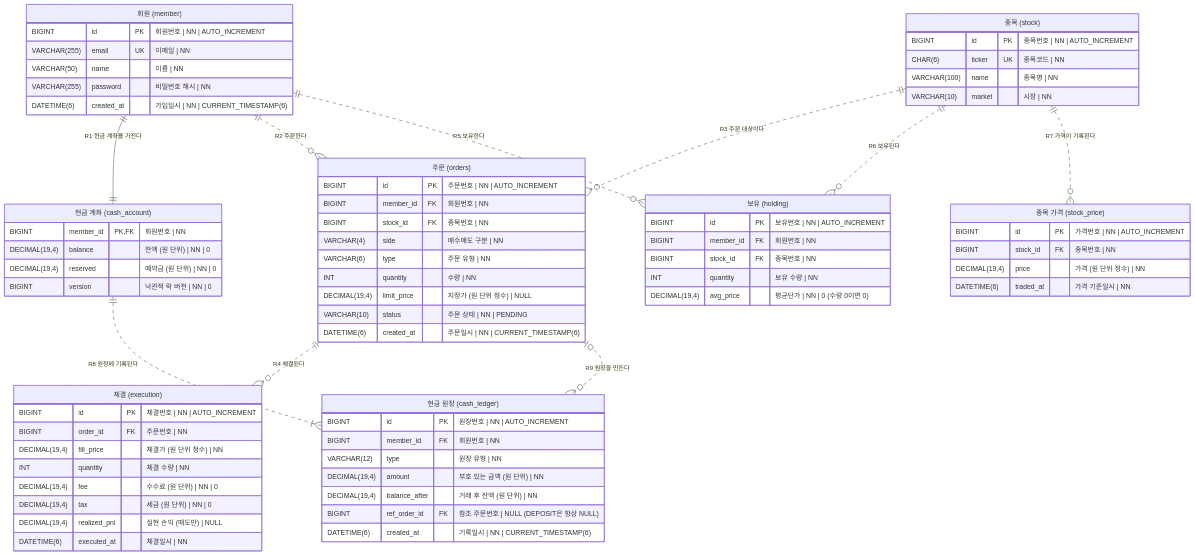
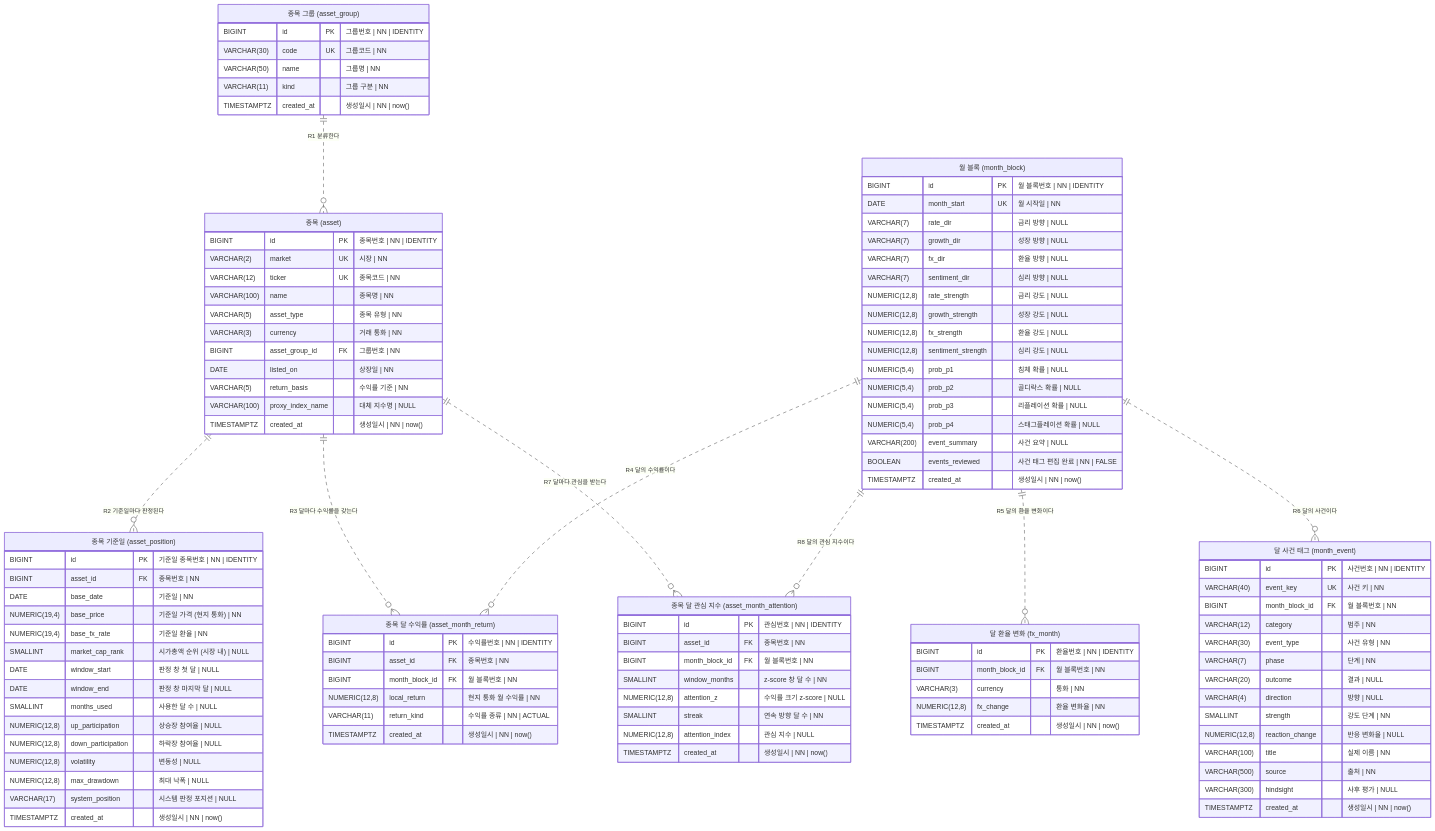
The third of 3 diagrams in docs/erd.md (yunyongs/ant-lab), drawn with Mermaid before and after one commit. The commit also changed other lines of this file, not shown here.

````diff
--- a/docs/erd.md
+++ b/docs/erd.md
@@ -18,74 +235,108 @@
 ```mermaid
 erDiagram
-    MEMBER["회원 (member)"] {
-        BIGINT id PK "회원번호 | NN | AUTO_INCREMENT"
-        VARCHAR(255) email UK "이메일 | NN"
-        VARCHAR(50) name "이름 | NN"
-        VARCHAR(255) password "비밀번호 해시 | NN"
-        DATETIME(6) created_at "가입일시 | NN | CURRENT_TIMESTAMP(6)"
+    ASSET_GROUP["종목 그룹 (asset_group)"] {
+        BIGINT id PK "그룹번호 | NN | IDENTITY"
+        VARCHAR(30) code UK "그룹코드 | NN"
+        VARCHAR(50) name "그룹명 | NN"
+        VARCHAR(11) kind "그룹 구분 | NN"
+        TIMESTAMPTZ created_at "생성일시 | NN | now()"
     }
-    CASH_ACCOUNT["현금 계좌 (cash_account)"] {
-        BIGINT member_id PK, FK "회원번호 | NN"
-        DECIMAL(19,4) balance "잔액 (원 단위) | NN | 0"
-        DECIMAL(19,4) reserved "예약금 (원 단위) | NN | 0"
-        BIGINT version "낙관적 락 버전 | NN | 0"
+    ASSET["종목 (asset)"] {
+        BIGINT id PK "종목번호 | NN | IDENTITY"
+        VARCHAR(2) market UK "시장 | NN"
+        VARCHAR(12) ticker UK "종목코드 | NN"
+        VARCHAR(100) name "종목명 | NN"
+        VARCHAR(5) asset_type "종목 유형 | NN"
+        VARCHAR(3) currency "거래 통화 | NN"
+        BIGINT asset_group_id FK "그룹번호 | NN"
+        DATE listed_on "상장일 | NN"
+        VARCHAR(5) return_basis "수익률 기준 | NN"
+        VARCHAR(100) proxy_index_name "대체 지수명 | NULL"
+        TIMESTAMPTZ created_at "생성일시 | NN | now()"
     }
-    STOCK["종목 (stock)"] {
-        BIGINT id PK "종목번호 | NN | AUTO_INCREMENT"
-        CHAR(6) ticker UK "종목코드 | NN"
-        VARCHAR(100) name "종목명 | NN"
-        VARCHAR(10) market "시장 | NN"
+    ASSET_POSITION["종목 기준일 (asset_position)"] {
+        BIGINT id PK "기준일 종목번호 | NN | IDENTITY"
+        BIGINT asset_id FK "종목번호 | NN"
+        DATE base_date "기준일 | NN"
+        NUMERIC(19,4) base_price "기준일 가격 (현지 통화) | NN"
+        NUMERIC(19,4) base_fx_rate "기준일 환율 | NN"
+        SMALLINT market_cap_rank "시가총액 순위 (시장 내) | NULL"
+        DATE window_start "판정 창 첫 달 | NULL"
+        DATE window_end "판정 창 마지막 달 | NULL"
+        SMALLINT months_used "사용한 달 수 | NULL"
+        NUMERIC(12,8) up_participation "상승장 참여율 | NULL"
+        NUMERIC(12,8) down_participation "하락장 참여율 | NULL"
+        NUMERIC(12,8) volatility "변동성 | NULL"
+        NUMERIC(12,8) max_drawdown "최대 낙폭 | NULL"
+        VARCHAR(17) system_position "시스템 판정 포지션 | NULL"
+        TIMESTAMPTZ created_at "생성일시 | NN | now()"
     }
-    STOCK_PRICE["종목 가격 (stock_price)"] {
-        BIGINT id PK "가격번호 | NN | AUTO_INCREMENT"
-        BIGINT stock_id FK "종목번호 | NN"
-        DECIMAL(19,4) price "가격 (원 단위 정수) | NN"
-        DATETIME(6) traded_at "가격 기준일시 | NN"
+    MONTH_BLOCK["월 블록 (month_block)"] {
+        BIGINT id PK "월 블록번호 | NN | IDENTITY"
+        DATE month_start UK "월 시작일 | NN"
+        VARCHAR(7) rate_dir "금리 방향 | NULL"
+        VARCHAR(7) growth_dir "성장 방향 | NULL"
+        VARCHAR(7) fx_dir "환율 방향 | NULL"
+        VARCHAR(7) sentiment_dir "심리 방향 | NULL"
+        NUMERIC(12,8) rate_strength "금리 강도 | NULL"
+        NUMERIC(12,8) growth_strength "성장 강도 | NULL"
+        NUMERIC(12,8) fx_strength "환율 강도 | NULL"
+        NUMERIC(12,8) sentiment_strength "심리 강도 | NULL"
+        NUMERIC(5,4) prob_p1 "침체 확률 | NULL"
+        NUMERIC(5,4) prob_p2 "골디락스 확률 | NULL"
+        NUMERIC(5,4) prob_p3 "리플레이션 확률 | NULL"
+        NUMERIC(5,4) prob_p4 "스태그플레이션 확률 | NULL"
+        VARCHAR(200) event_summary "사건 요약 | NULL"
+        BOOLEAN events_reviewed "사건 태그 편집 완료 | NN | FALSE"
+        TIMESTAMPTZ created_at "생성일시 | NN | now()"
     }
-    ORDERS["주문 (orders)"] {
-        BIGINT id PK "주문번호 | NN | AUTO_INCREMENT"
-        BIGINT member_id FK "회원번호 | NN"
-        BIGINT stock_id FK "종목번호 | NN"
-        VARCHAR(4) side "매수매도 구분 | NN"
-        VARCHAR(6) type "주문 유형 | NN"
-        INT quantity "수량 | NN"
-        DECIMAL(19,4) limit_price "지정가 (원 단위 정수) | NULL"
-        VARCHAR(10) status "주문 상태 | NN | PENDING"
-        DATETIME(6) created_at "주문일시 | NN | CURRENT_TIMESTAMP(6)"
+    ASSET_MONTH_RETURN["종목 달 수익률 (asset_month_return)"] {
+        BIGINT id PK "수익률번호 | NN | IDENTITY"
+        BIGINT asset_id FK "종목번호 | NN"
+        BIGINT month_block_id FK "월 블록번호 | NN"
+        NUMERIC(12,8) local_return "현지 통화 월 수익률 | NN"
+        VARCHAR(11) return_kind "수익률 종류 | NN | ACTUAL"
+        TIMESTAMPTZ created_at "생성일시 | NN | now()"
     }
-    EXECUTION["체결 (execution)"] {
-        BIGINT id PK "체결번호 | NN | AUTO_INCREMENT"
-        BIGINT order_id FK "주문번호 | NN"
-        DECIMAL(19,4) fill_price "체결가 (원 단위 정수) | NN"
-        INT quantity "체결 수량 | NN"
-        DECIMAL(19,4) fee "수수료 (원 단위) | NN | 0"
-        DECIMAL(19,4) tax "세금 (원 단위) | NN | 0"
-        DECIMAL(19,4) realized_pnl "실현 손익 (매도만) | NULL"
-        DATETIME(6) executed_at "체결일시 | NN"
+    FX_MONTH["달 환율 변화 (fx_month)"] {
+        BIGINT id PK "환율번호 | NN | IDENTITY"
+        BIGINT month_block_id FK "월 블록번호 | NN"
+        VARCHAR(3) currency "통화 | NN"
+        NUMERIC(12,8) fx_change "환율 변화율 | NN"
+        TIMESTAMPTZ created_at "생성일시 | NN | now()"
     }
-    HOLDING["보유 (holding)"] {
-        BIGINT id PK "보유번호 | NN | AUTO_INCREMENT"
-        BIGINT member_id FK "회원번호 | NN"
-        BIGINT stock_id FK "종목번호 | NN"
-        INT quantity "보유 수량 | NN"
-        DECIMAL(19,4) avg_price "평균단가 | NN | 0 (수량 0이면 0)"
+    MONTH_EVENT["달 사건 태그 (month_event)"] {
+        BIGINT id PK "사건번호 | NN | IDENTITY"
+        VARCHAR(40) event_key UK "사건 키 | NN"
+        BIGINT month_block_id FK "월 블록번호 | NN"
+        VARCHAR(12) category "범주 | NN"
+        VARCHAR(30) event_type "사건 유형 | NN"
+        VARCHAR(7) phase "단계 | NN"
+        VARCHAR(20) outcome "결과 | NULL"
+        VARCHAR(4) direction "방향 | NULL"
+        SMALLINT strength "강도 단계 | NN"
+        NUMERIC(12,8) reaction_change "반응 변화율 | NULL"
+        VARCHAR(100) title "실제 이름 | NN"
+        VARCHAR(500) source "출처 | NN"
+        VARCHAR(300) hindsight "사후 평가 | NULL"
+        TIMESTAMPTZ created_at "생성일시 | NN | now()"
     }
-    CASH_LEDGER["현금 원장 (cash_ledger)"] {
-        BIGINT id PK "원장번호 | NN | AUTO_INCREMENT"
-        BIGINT member_id FK "회원번호 | NN"
-        VARCHAR(12) type "원장 유형 | NN"
-        DECIMAL(19,4) amount "부호 있는 금액 (원 단위) | NN"
-        DECIMAL(19,4) balance_after "거래 후 잔액 (원 단위) | NN"
-        BIGINT ref_order_id FK "참조 주문번호 | NULL (DEPOSIT은 항상 NULL)"
-        DATETIME(6) created_at "기록일시 | NN | CURRENT_TIMESTAMP(6)"
+    ASSET_MONTH_ATTENTION["종목 달 관심 지수 (asset_month_attention)"] {
+        BIGINT id PK "관심번호 | NN | IDENTITY"
+        BIGINT asset_id FK "종목번호 | NN"
+        BIGINT month_block_id FK "월 블록번호 | NN"
+        SMALLINT window_months "z-score 창 달 수 | NN"
+        NUMERIC(12,8) attention_z "수익률 크기 z-score | NULL"
+        SMALLINT streak "연속 방향 달 수 | NN"
+        NUMERIC(12,8) attention_index "관심 지수 | NULL"
+        TIMESTAMPTZ created_at "생성일시 | NN | now()"
     }
-    MEMBER ||--|| CASH_ACCOUNT : "R1 현금 계좌를 가진다"
-    MEMBER ||..o{ ORDERS : "R2 주문한다"
-    STOCK ||..o{ ORDERS : "R3 주문 대상이다"
-    ORDERS ||..o{ EXECUTION : "R4 체결된다"
-    MEMBER ||..o{ HOLDING : "R5 보유한다"
-    STOCK ||..o{ HOLDING : "R6 보유된다"
-    STOCK ||..o{ STOCK_PRICE : "R7 가격이 기록된다"
-    CASH_ACCOUNT ||..|{ CASH_LEDGER : "R8 원장에 기록된다"
-    ORDERS |o..o{ CASH_LEDGER : "R9 원장을 만든다"
+    ASSET_GROUP ||..o{ ASSET : "R1 분류한다"
+    ASSET ||..o{ ASSET_POSITION : "R2 기준일마다 판정된다"
+    ASSET ||..o{ ASSET_MONTH_RETURN : "R3 달마다 수익률을 갖는다"
+    MONTH_BLOCK ||..o{ ASSET_MONTH_RETURN : "R4 달의 수익률이다"
+    MONTH_BLOCK ||..o{ FX_MONTH : "R5 달의 환율 변화이다"
+    MONTH_BLOCK ||..o{ MONTH_EVENT : "R6 달의 사건이다"
+    ASSET ||..o{ ASSET_MONTH_ATTENTION : "R7 달마다 관심을 받는다"
+    MONTH_BLOCK ||..o{ ASSET_MONTH_ATTENTION : "R8 달의 관심 지수이다"
 ```
````
